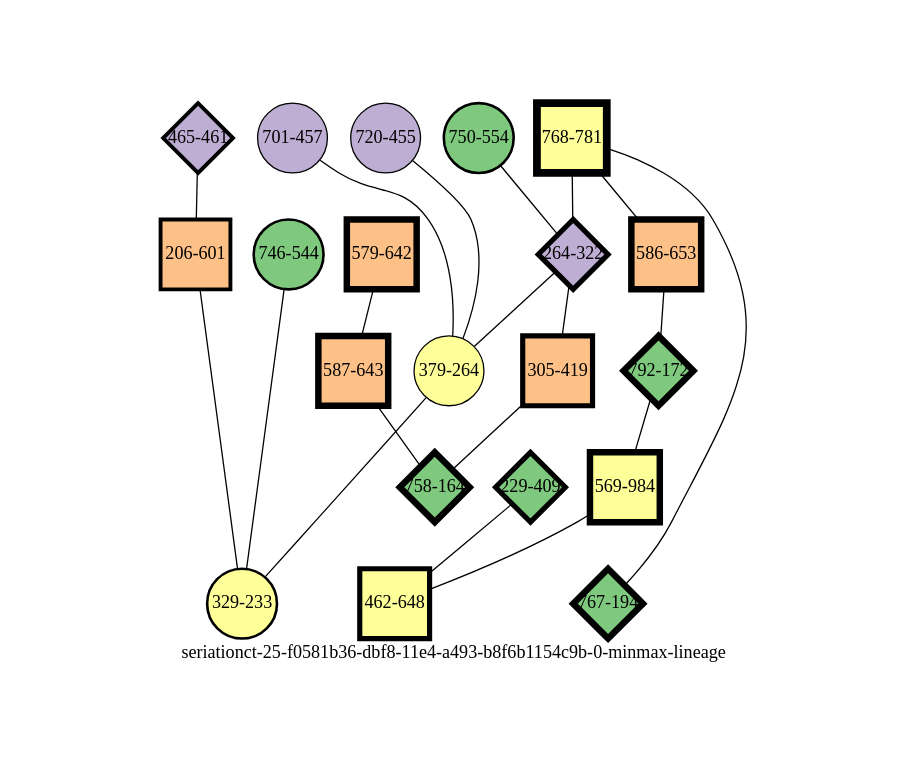
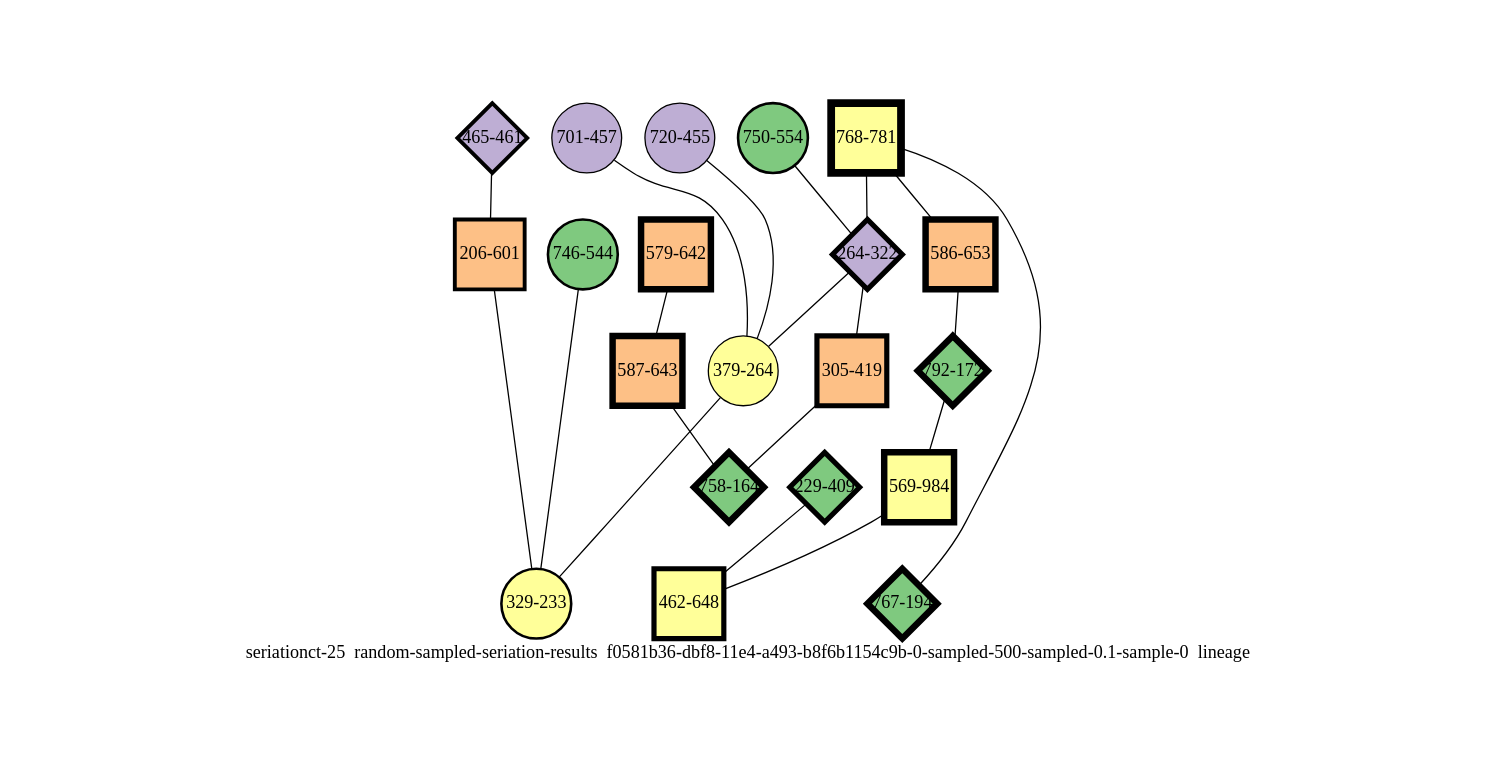
The diagram in experiments/seriationct-25/random-sampled-seriation-results/f0581b36-dbf8-11e4-a493-b8f6b1154c9b-0-sampled-500-sampled-0.1-sample-0/f0581b36-dbf8-11e4-a493-b8f6b1154c9b-0-sampled-500-sampled-0.1-sample-0-minmax-by-weight.png-lineage-annotated-chronological.dot (mmadsen/experiment-seriationct), drawn with Graphviz before and after one commit. The commit also changed 1117 other files, not shown here.

```diff
--- a/experiments/seriationct-25/random-sampled-seriation-results/f0581b36-dbf8-11e4-a493-b8f6b1154c9b-0-sampled-500-sampled-0.1-sample-0/f0581b36-dbf8-11e4-a493-b8f6b1154c9b-0-sampled-500-sampled-0.1-sample-0-minmax-by-weight.png-lineage-annotated-chronological.dot
+++ b/experiments/seriationct-25/random-sampled-seriation-results/f0581b36-dbf8-11e4-a493-b8f6b1154c9b-0-sampled-500-sampled-0.1-sample-0/f0581b36-dbf8-11e4-a493-b8f6b1154c9b-0-sampled-500-sampled-0.1-sample-0-minmax-by-weight.png-lineage-annotated-chronological.dot
@@ -1,46 +1,46 @@
-strict graph "seriationct-25-f0581b36-dbf8-11e4-a493-b8f6b1154c9b-0-minmax-lineage" {
+strict graph "seriationct-25  random-sampled-seriation-results  f0581b36-dbf8-11e4-a493-b8f6b1154c9b-0-sampled-500-sampled-0.1-sample-0  lineage" {
 labelloc=b;
 ratio=auto;
 pad="1.0";
-label="seriationct-25-f0581b36-dbf8-11e4-a493-b8f6b1154c9b-0-minmax-lineage";
+label="seriationct-25  random-sampled-seriation-results  f0581b36-dbf8-11e4-a493-b8f6b1154c9b-0-sampled-500-sampled-0.1-sample-0  lineage";
 node [width="0.75", style=filled, fixedsize=true, height="0.75", shape=circle, label=""];
 0 [xCoordinate="781.0", appears_in_slice=6, yCoordinate="768.0", colorscheme=accent6, lineage_id=1, short_label="768-781", label="768-781", shape=square, cluster_id=3, fillcolor=4, size="500.0", id=0, penwidth="6.0"];
 1 [xCoordinate="461.0", appears_in_slice=3, yCoordinate="465.0", colorscheme=accent6, lineage_id=2, short_label="465-461", label="465-461", shape=diamond, cluster_id=1, fillcolor=2, size="500.0", id=1, penwidth="3.0"];
 2 [xCoordinate="554.0", appears_in_slice=2, yCoordinate="750.0", colorscheme=accent6, lineage_id=0, short_label="750-554", label="750-554", shape=circle, cluster_id=0, fillcolor=1, size="500.0", id=3, penwidth="2.0"];
 3 [xCoordinate="322.0", appears_in_slice=4, yCoordinate="264.0", colorscheme=accent6, lineage_id=2, short_label="264-322", label="264-322", shape=diamond, cluster_id=1, fillcolor=2, size="500.0", id=19, penwidth="4.0"];
 4 [xCoordinate="455.0", appears_in_slice=1, yCoordinate="720.0", colorscheme=accent6, lineage_id=0, short_label="720-455", label="720-455", shape=circle, cluster_id=1, fillcolor=2, size="500.0", id=5, penwidth="1.0"];
 5 [xCoordinate="544.0", appears_in_slice=2, yCoordinate="746.0", colorscheme=accent6, lineage_id=0, short_label="746-544", label="746-544", shape=circle, cluster_id=0, fillcolor=1, size="500.0", id=6, penwidth="2.0"];
 6 [xCoordinate="653.0", appears_in_slice=5, yCoordinate="586.0", colorscheme=accent6, lineage_id=1, short_label="586-653", label="586-653", shape=square, cluster_id=2, fillcolor=3, size="500.0", id=7, penwidth="5.0"];
 7 [xCoordinate="457.0", appears_in_slice=1, yCoordinate="701.0", colorscheme=accent6, lineage_id=0, short_label="701-457", label="701-457", shape=circle, cluster_id=1, fillcolor=2, size="500.0", id=8, penwidth="1.0"];
 8 [xCoordinate="172.0", appears_in_slice=5, yCoordinate="792.0", colorscheme=accent6, lineage_id=2, short_label="792-172", label="792-172", shape=diamond, cluster_id=0, fillcolor=1, size="500.0", id=18, penwidth="5.0"];
 9 [xCoordinate="642.0", appears_in_slice=5, yCoordinate="579.0", colorscheme=accent6, lineage_id=1, short_label="579-642", label="579-642", shape=square, cluster_id=2, fillcolor=3, size="500.0", id=10, penwidth="5.0"];
 10 [xCoordinate="194.0", appears_in_slice=5, yCoordinate="767.0", colorscheme=accent6, lineage_id=2, short_label="767-194", label="767-194", shape=diamond, cluster_id=0, fillcolor=1, size="500.0", id=13, penwidth="5.0"];
 11 [xCoordinate="264.0", appears_in_slice=1, yCoordinate="379.0", colorscheme=accent6, lineage_id=0, short_label="379-264", label="379-264", shape=circle, cluster_id=3, fillcolor=4, size="500.0", id=11, penwidth="1.0"];
 12 [xCoordinate="601.0", appears_in_slice=3, yCoordinate="206.0", colorscheme=accent6, lineage_id=1, short_label="206-601", label="206-601", shape=square, cluster_id=2, fillcolor=3, size="500.0", id=12, penwidth="3.0"];
 13 [xCoordinate="409.0", appears_in_slice=4, yCoordinate="229.0", colorscheme=accent6, lineage_id=2, short_label="229-409", label="229-409", shape=diamond, cluster_id=0, fillcolor=1, size="500.0", id=4, penwidth="4.0"];
 14 [xCoordinate="643.0", appears_in_slice=5, yCoordinate="587.0", colorscheme=accent6, lineage_id=1, short_label="587-643", label="587-643", shape=square, cluster_id=2, fillcolor=3, size="500.0", id=14, penwidth="5.0"];
 15 [xCoordinate="984.0", appears_in_slice=5, yCoordinate="569.0", colorscheme=accent6, lineage_id=1, short_label="569-984", label="569-984", shape=square, cluster_id=3, fillcolor=4, size="500.0", id=15, penwidth="5.0"];
 16 [xCoordinate="233.0", appears_in_slice=2, yCoordinate="329.0", colorscheme=accent6, lineage_id=0, short_label="329-233", label="329-233", shape=circle, cluster_id=3, fillcolor=4, size="500.0", id=9, penwidth="2.0"];
 17 [xCoordinate="648.0", appears_in_slice=4, yCoordinate="462.0", colorscheme=accent6, lineage_id=1, short_label="462-648", label="462-648", shape=square, cluster_id=3, fillcolor=4, size="500.0", id=17, penwidth="4.0"];
 18 [xCoordinate="419.0", appears_in_slice=4, yCoordinate="305.0", colorscheme=accent6, lineage_id=1, short_label="305-419", label="305-419", shape=square, cluster_id=2, fillcolor=3, size="500.0", id=16, penwidth="4.0"];
 19 [xCoordinate="164.0", appears_in_slice=5, yCoordinate="758.0", colorscheme=accent6, lineage_id=2, short_label="758-164", label="758-164", shape=diamond, cluster_id=0, fillcolor=1, size="500.0", id=2, penwidth="5.0"];
 0 -- 10  [inverseweight="2.07381419507", weight="0.482203276638"];
 0 -- 3  [inverseweight="1.61253411352", weight="0.620141919241"];
 0 -- 6  [inverseweight="3.54868843421", weight="0.281794251183"];
 1 -- 12  [inverseweight="16.8168198499", weight="0.0594642749893"];
 2 -- 3  [inverseweight="1.67717258255", weight="0.596241561785"];
 3 -- 11  [inverseweight="1.65017400352", weight="0.605996699661"];
 3 -- 18  [inverseweight="26.7261241912", weight="0.0374165738677"];
 4 -- 11  [inverseweight="1.40419526232", weight="0.712151669239"];
 5 -- 16  [inverseweight="25.0627353559", weight="0.0398998746865"];
 6 -- 8  [inverseweight="25.9937622455", weight="0.0384707681233"];
 7 -- 11  [inverseweight="1.41319642698", weight="0.707615714919"];
 8 -- 15  [inverseweight="32.9690236698", weight="0.0303315017762"];
 9 -- 14  [inverseweight="79.0569415042", weight="0.0126491106407"];
 11 -- 16  [inverseweight="1.58916852554", weight="0.629259882719"];
 12 -- 16  [inverseweight="1.42836156229", weight="0.700102849587"];
 13 -- 17  [inverseweight="1.57266922281", weight="0.635861620166"];
 14 -- 19  [inverseweight="24.6932399162", weight="0.0404969134626"];
 15 -- 17  [inverseweight="4.27210013209", weight="0.234076910438"];
 18 -- 19  [inverseweight="2.27672917791", weight="0.439226593002"];
 }
```
